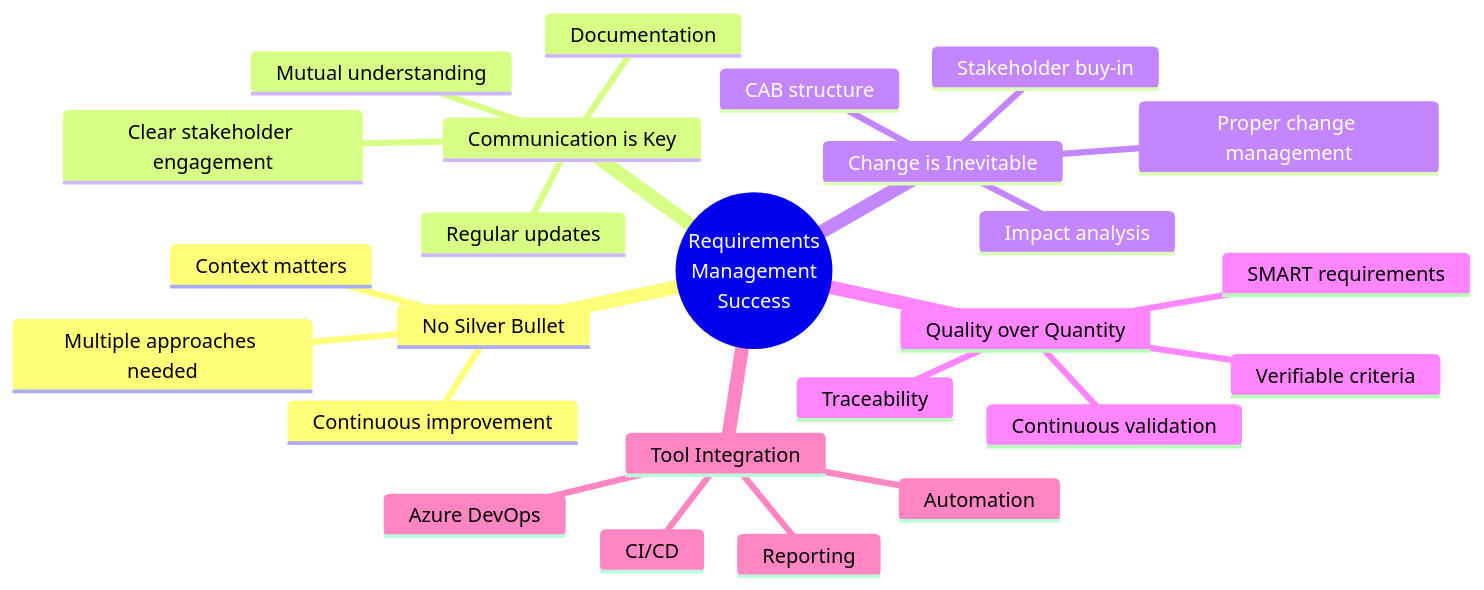
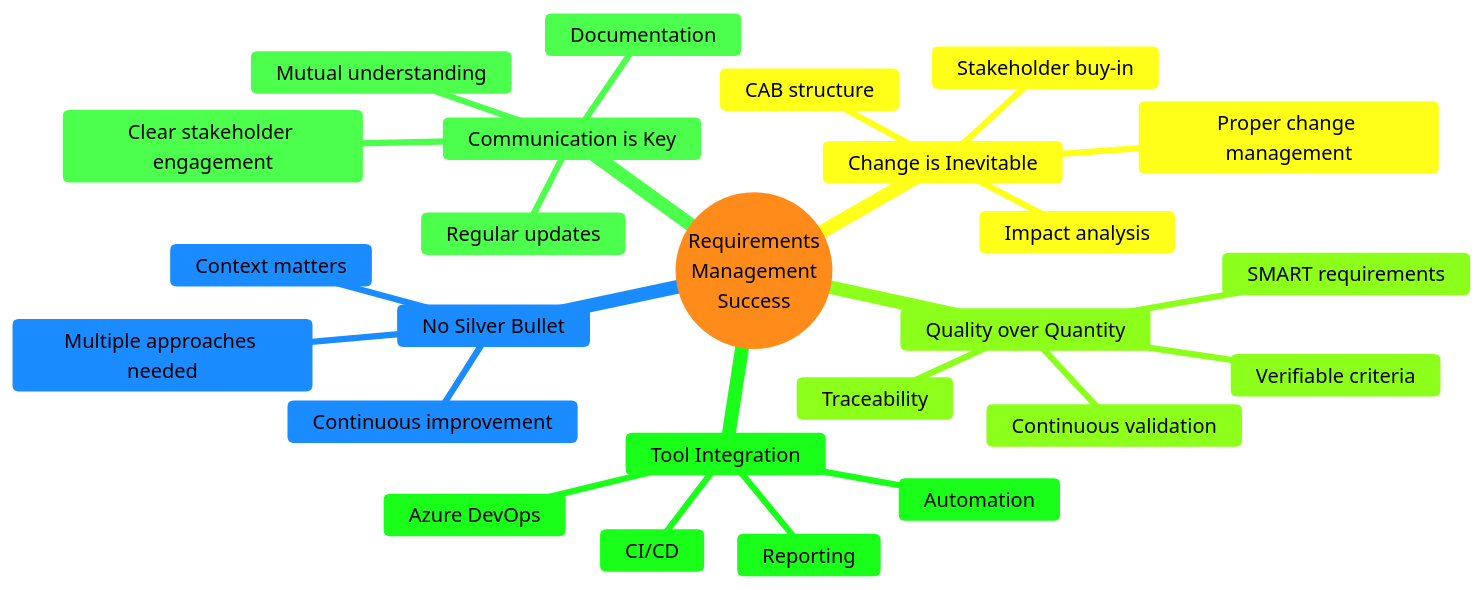
Before and after one commit to gitpavleenbali/DevOps-PPT-People-Processes-and-Tools: diagram 37 of 39 in Requirement Management/RequirementManagement.md, drawn with Mermaid. The commit also changed other lines of this file, not shown here.

Commit message:
Fix diagram text visibility

````diff
--- a/Requirement Management/RequirementManagement.md
+++ b/Requirement Management/RequirementManagement.md
@@ -1475,28 +1483,29 @@
 ```mermaid
+%%{init: {'theme':'base', 'themeVariables': { 'primaryColor':'#ffcc99','primaryTextColor':'#000','primaryBorderColor':'#000','lineColor':'#000','secondaryColor':'#99ccff','tertiaryColor':'#ccffcc'}}}%%
 mindmap
   root((Requirements<br/>Management<br/>Success))
     No Silver Bullet
       Multiple approaches needed
       Context matters
       Continuous improvement
     Communication is Key
       Clear stakeholder engagement
       Regular updates
       Documentation
       Mutual understanding
     Change is Inevitable
       Proper change management
       CAB structure
       Impact analysis
       Stakeholder buy-in
     Quality over Quantity
       SMART requirements
       Verifiable criteria
       Traceability
       Continuous validation
     Tool Integration
       Azure DevOps
       Automation
       CI/CD
       Reporting
 ```
````
